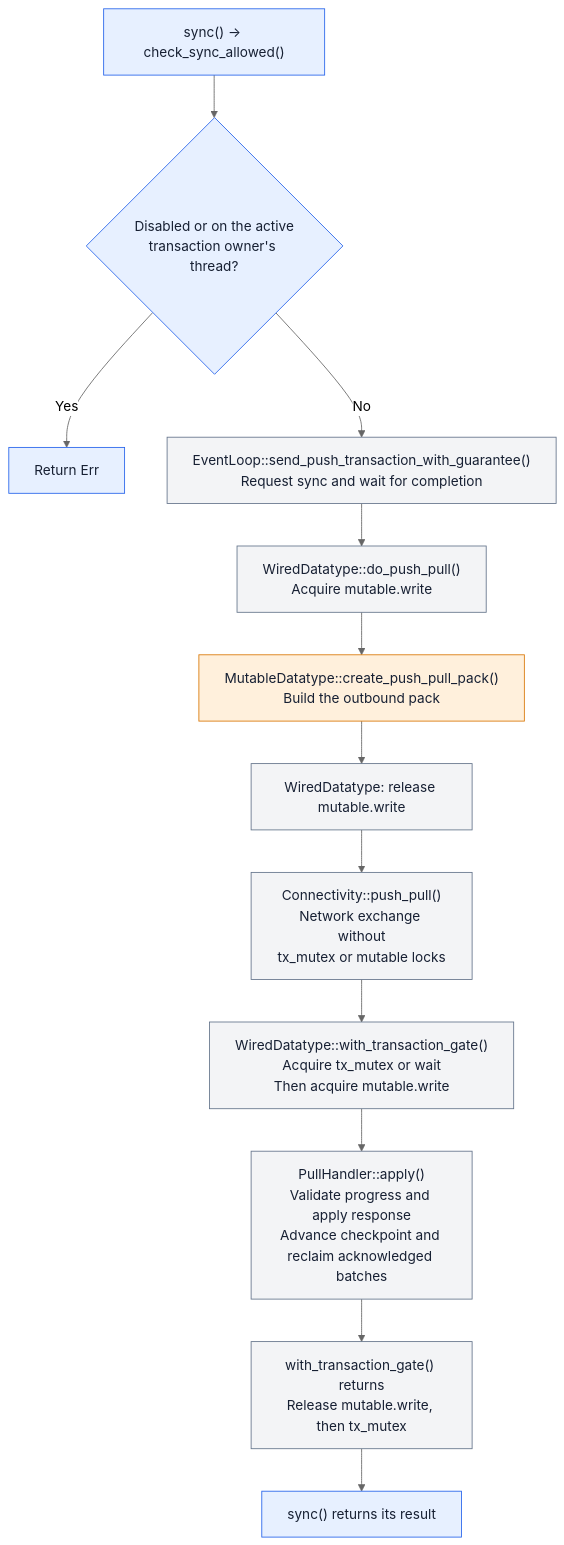
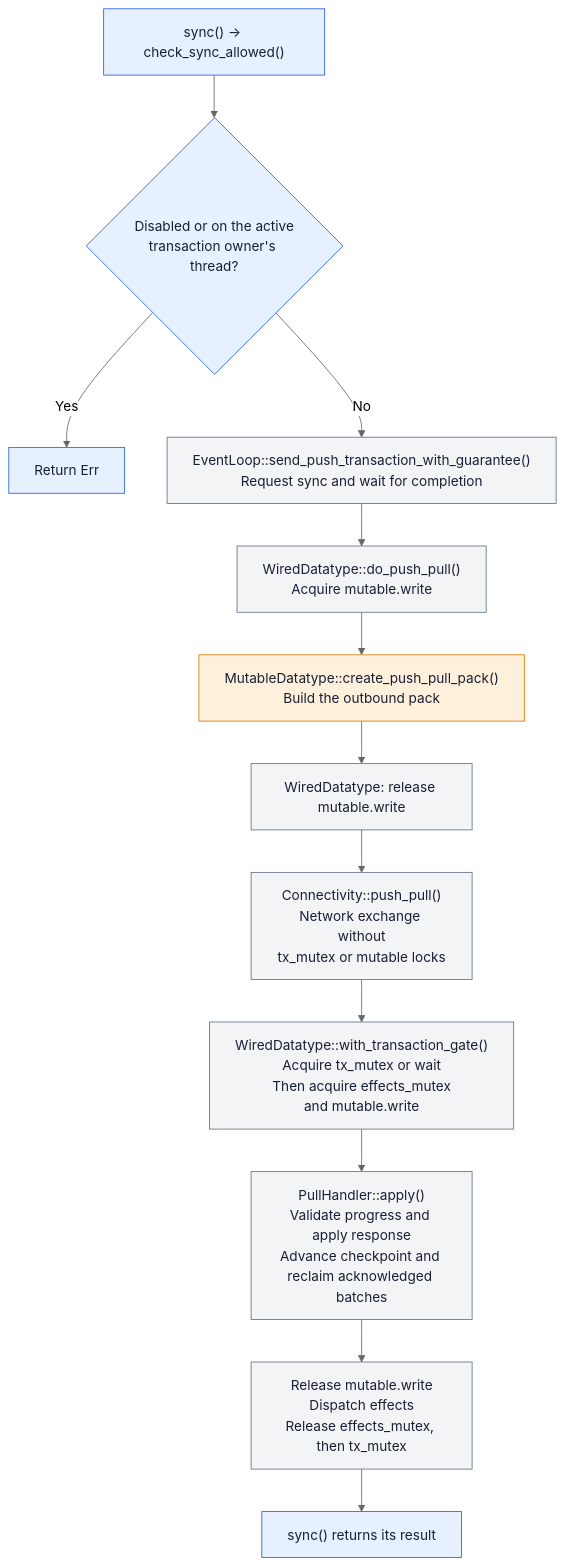
One commit to qortoo/qortoo-rs changed the fifth of 5 diagrams in docs/transaction-and-rollback.md. Above: the diagram before and after it, drawn with Mermaid (neutral theme). The commit also changed other lines of this file and 21 other files, not shown here.

First line of the commit message:
🪲fix(datatypes): dispatch state effects after releasing mutable locks

````diff
--- a/docs/transaction-and-rollback.md
+++ b/docs/transaction-and-rollback.md
@@ -380,18 +382,18 @@
 ```mermaid
 flowchart TD
     A["sync() → check_sync_allowed()"]:::td --> B{"Disabled or on the active<br/>transaction owner's thread?"}:::td
     B -- Yes --> C["Return Err"]:::td
     B -- No --> D["EventLoop::send_push_transaction_with_guarantee()<br/>Request sync and wait for completion"]:::other
     D --> E["WiredDatatype::do_push_pull()<br/>Acquire mutable.write"]:::other
     E --> F["MutableDatatype::create_push_pull_pack()<br/>Build the outbound pack"]:::md
     F --> G["WiredDatatype: release mutable.write"]:::other
     G --> H["Connectivity::push_pull()<br/>Network exchange without<br/>tx_mutex or mutable locks"]:::other
-    H --> I["WiredDatatype::with_transaction_gate()<br/>Acquire tx_mutex or wait<br/>Then acquire mutable.write"]:::other
+    H --> I["WiredDatatype::with_transaction_gate()<br/>Acquire tx_mutex or wait<br/>Then acquire effects_mutex<br/>and mutable.write"]:::other
     I --> J["PullHandler::apply()<br/>Validate progress and apply response<br/>Advance checkpoint and reclaim acknowledged batches"]:::other
-    J --> K["with_transaction_gate() returns<br/>Release mutable.write, then tx_mutex"]:::other
+    J --> K["Release mutable.write<br/>Dispatch effects<br/>Release effects_mutex, then tx_mutex"]:::other
     K --> L["sync() returns its result"]:::td
 
     classDef td fill:#e7f0ff,stroke:#2563eb,color:#172033;
     classDef md fill:#fff0dc,stroke:#d97706,color:#172033;
     classDef other fill:#f3f4f6,stroke:#64748b,color:#172033;
 ```
````
